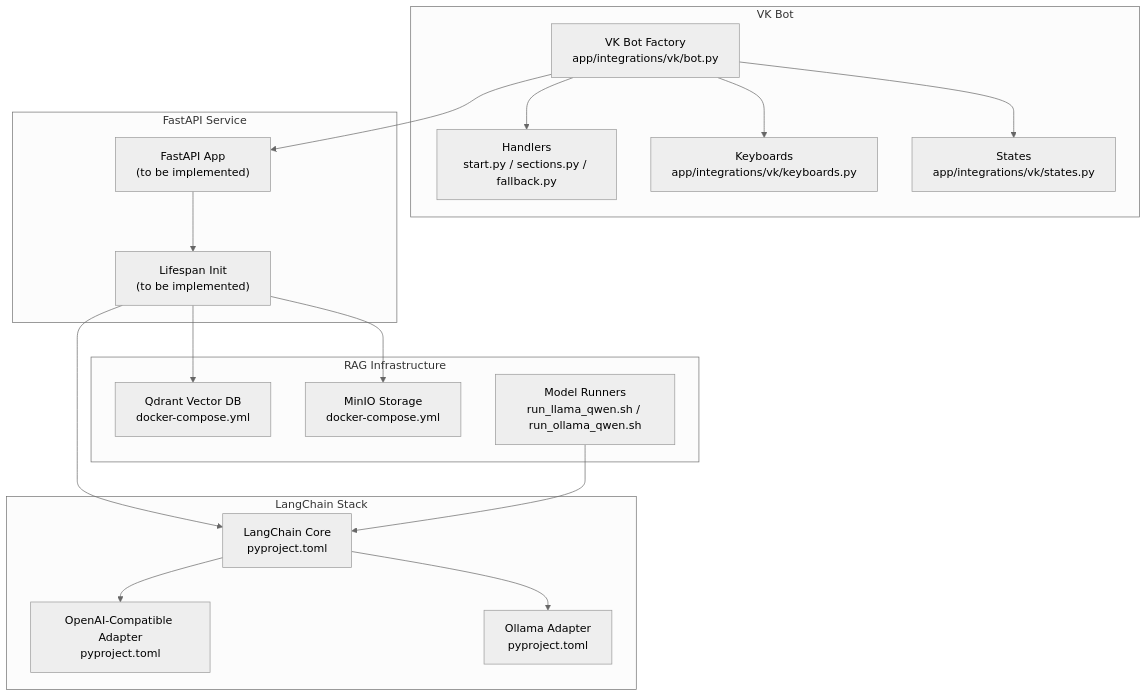
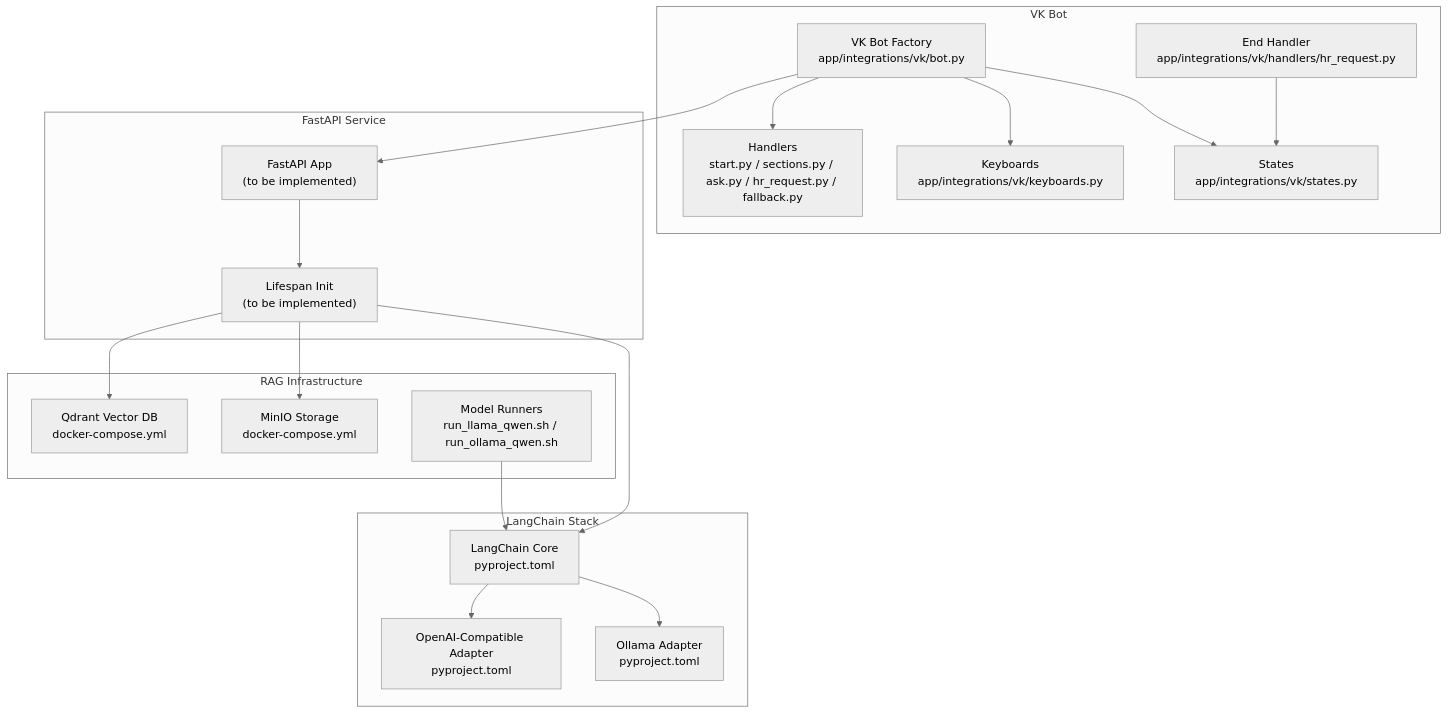
Before and after one commit to ognelis/cafetera_hr_bot: the first of 12 diagrams in .qoder/repowiki/en/content/RAG Integration.md, drawn with Mermaid (neutral theme). The commit also changed other lines of this file and 15 other files, not shown here.

````diff
--- a/.qoder/repowiki/en/content/RAG Integration.md
+++ b/.qoder/repowiki/en/content/RAG Integration.md
@@ -40,34 +54,36 @@
 ```mermaid
 graph TB
 subgraph "VK Bot"
 VKBot["VK Bot Factory<br/>app/integrations/vk/bot.py"]
-Handlers["Handlers<br/>start.py / sections.py / fallback.py"]
+Handlers["Handlers<br/>start.py / sections.py / ask.py / hr_request.py / fallback.py"]
 Keyboards["Keyboards<br/>app/integrations/vk/keyboards.py"]
 States["States<br/>app/integrations/vk/states.py"]
+EndHandler["End Handler<br/>app/integrations/vk/handlers/hr_request.py"]
+EndHandler --> States
 end
 subgraph "FastAPI Service"
 FastAPI["FastAPI App<br/>(to be implemented)"]
 Lifespan["Lifespan Init<br/>(to be implemented)"]
 end
 subgraph "RAG Infrastructure"
 Qdrant["Qdrant Vector DB<br/>docker-compose.yml"]
 MinIO["MinIO Storage<br/>docker-compose.yml"]
 Scripts["Model Runners<br/>run_llama_qwen.sh / run_ollama_qwen.sh"]
 end
 subgraph "LangChain Stack"
 LC["LangChain Core<br/>pyproject.toml"]
 LCOAI["OpenAI-Compatible Adapter<br/>pyproject.toml"]
 LCOla["Ollama Adapter<br/>pyproject.toml"]
 end
 VKBot --> Handlers
 VKBot --> Keyboards
 VKBot --> States
 VKBot --> FastAPI
 FastAPI --> Lifespan
 Lifespan --> Qdrant
 Lifespan --> MinIO
 Lifespan --> LC
 LC --> LCOAI
 LC --> LCOla
 Scripts --> LC
 ```
````
